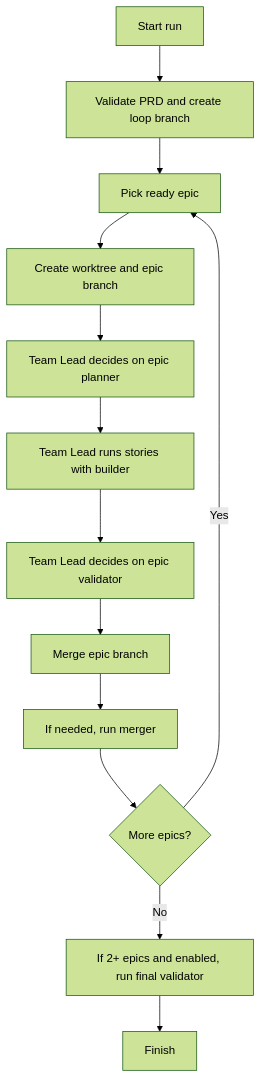
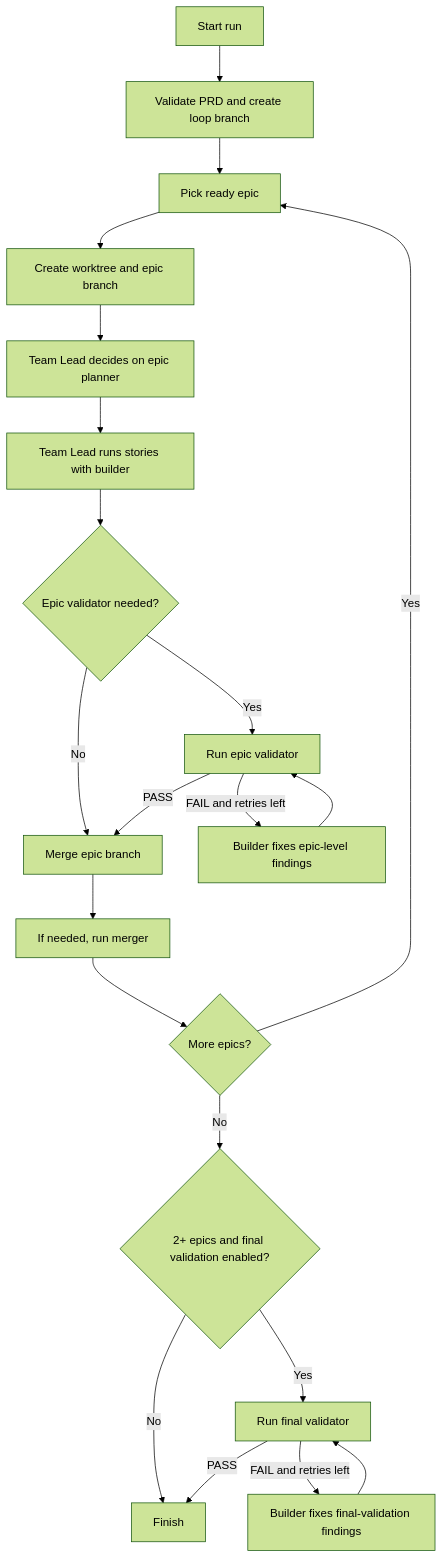
One commit to tuansondinh/ralph-teams changed the diagram in README.md. Above: the diagram before and after it, drawn with Mermaid (forest theme). The commit also changed other lines of this file, not shown here.

Commit message:
docs: add validator fix cycles to flow graph

````diff
--- a/README.md
+++ b/README.md
@@ -31,15 +25,23 @@
 ```mermaid
 flowchart TD
     A[Start run] --> B[Validate PRD and create loop branch]
     B --> C[Pick ready epic]
     C --> D[Create worktree and epic branch]
     D --> E[Team Lead decides on epic planner]
     E --> F[Team Lead runs stories with builder]
-    F --> G[Team Lead decides on epic validator]
-    G --> H[Merge epic branch]
-    H --> I[If needed, run merger]
-    I --> J{More epics?}
-    J -->|Yes| C
-    J -->|No| K[If 2+ epics and enabled, run final validator]
-    K --> L[Finish]
+    F --> G{Epic validator needed?}
+    G -->|No| J[Merge epic branch]
+    G -->|Yes| H[Run epic validator]
+    H -->|PASS| J
+    H -->|FAIL and retries left| I[Builder fixes epic-level findings]
+    I --> H
+    J --> K[If needed, run merger]
+    K --> L{More epics?}
+    L -->|Yes| C
+    L -->|No| M{2+ epics and final validation enabled?}
+    M -->|No| P[Finish]
+    M -->|Yes| N[Run final validator]
+    N -->|PASS| P
+    N -->|FAIL and retries left| O[Builder fixes final-validation findings]
+    O --> N
 ```
````
